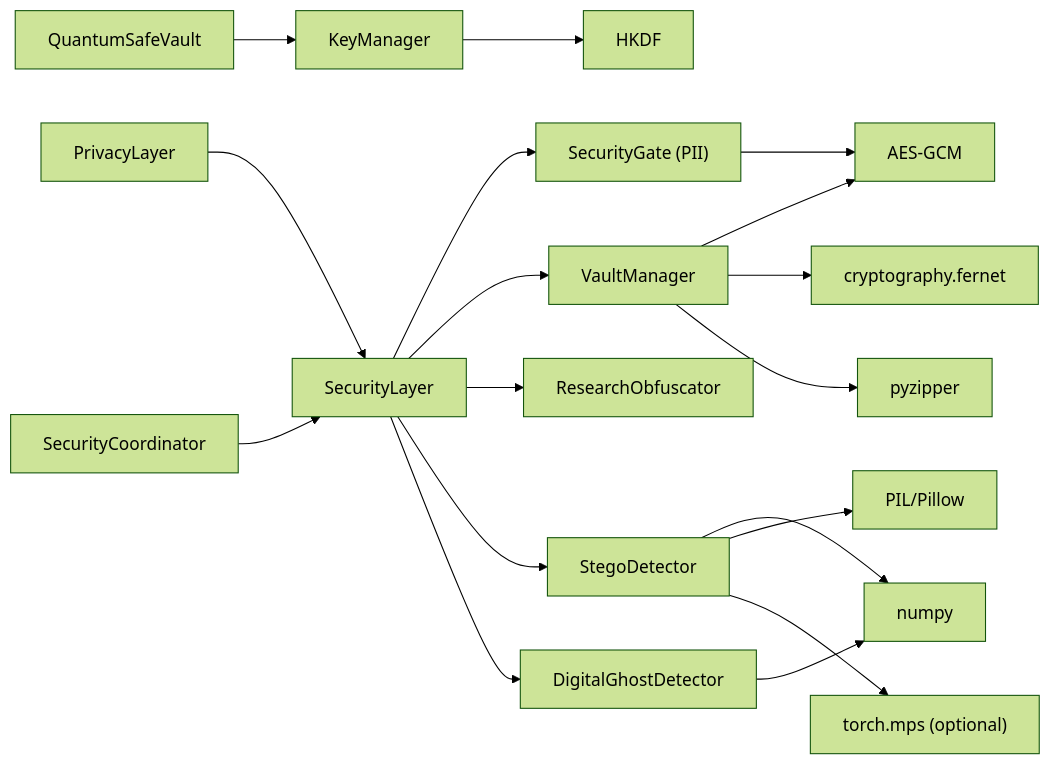
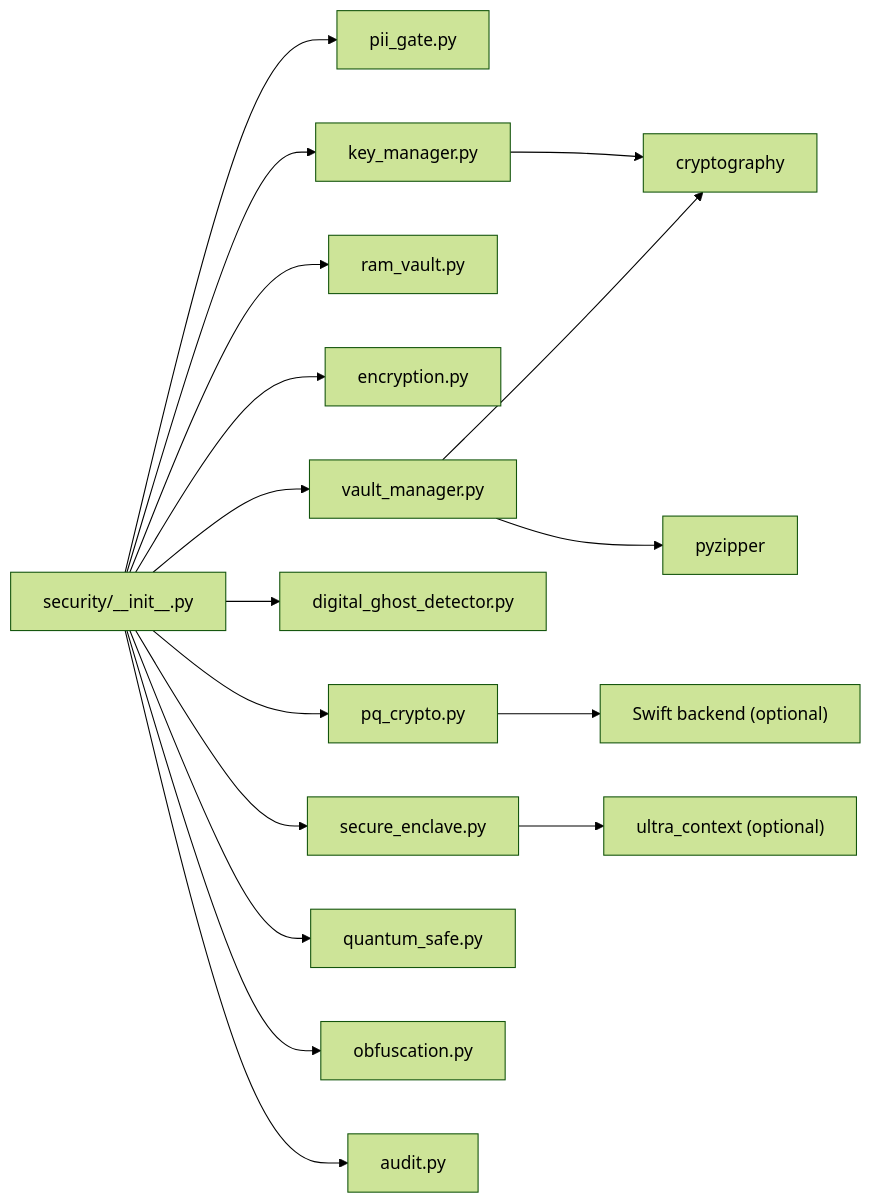
Diagram 14 of 14 in .qoder/repowiki/en/content/Security and Privacy/Security and Privacy.md (Hamulda/hledac-universal), drawn with Mermaid (forest theme) before and after one commit. The commit also changed other lines of this file and 236 other files, not shown here.

````diff
--- a/.qoder/repowiki/en/content/Security and Privacy/Security and Privacy.md
+++ b/.qoder/repowiki/en/content/Security and Privacy/Security and Privacy.md
@@ -357,20 +496,19 @@
 ```mermaid
 graph LR
-PII["SecurityGate (PII)"] --> ENC["AES-GCM"]
-VM["VaultManager"] --> ENC
-VM --> FERNET["cryptography.fernet"]
-VM --> PYZIP["pyzipper"]
-KM["KeyManager"] --> HKDF["HKDF"]
-QSC["QuantumSafeVault"] --> KM
-SD["StegoDetector"] --> NUMPY["numpy"]
-SD --> PIL["PIL/Pillow"]
-SD --> MPS["torch.mps (optional)"]
-DG["DigitalGhostDetector"] --> NUMPY
-SL["SecurityLayer"] --> PII
-SL --> VM
-SL --> OBS["ResearchObfuscator"]
-SL --> SD
-SL --> DG
-PL["PrivacyLayer"] --> SL
-SC["SecurityCoordinator"] --> SL
+Init["security/__init__.py"] --> PII["pii_gate.py"]
+Init --> Vault["vault_manager.py"]
+Init --> RAM["ram_vault.py"]
+Init --> ENC["encryption.py"]
+Init --> KM["key_manager.py"]
+Init --> DG["digital_ghost_detector.py"]
+Init --> PQ["pq_crypto.py"]
+Init --> SE["secure_enclave.py"]
+Init --> QS["quantum_safe.py"]
+Init --> OB["obfuscation.py"]
+Init --> AUD["audit.py"]
+Vault --> Crypto["cryptography"]
+Vault --> PyZip["pyzipper"]
+KM --> Crypto
+PQ --> Swift["Swift backend (optional)"]
+SE --> Ultra["ultra_context (optional)"]
 ```
````
